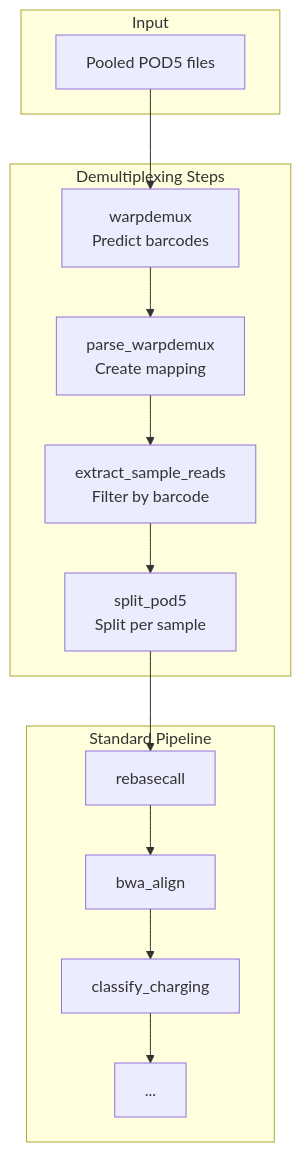
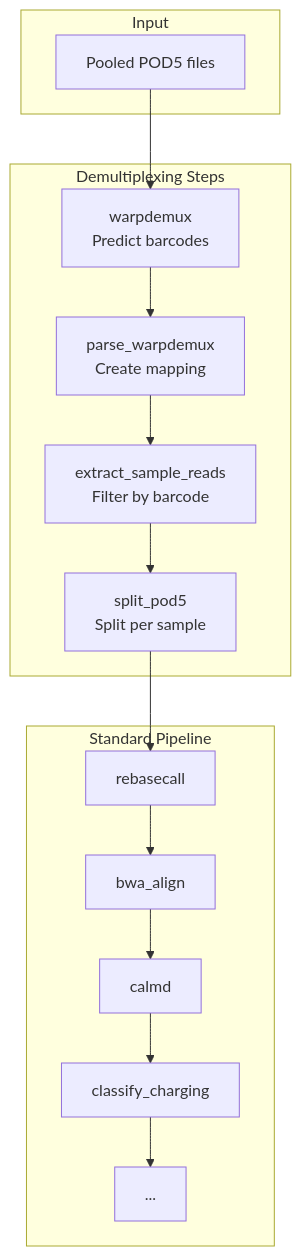
One commit to rnabioco/aa-tRNA-seq-pipeline changed the second of 3 diagrams in docs/workflow/demultiplexing.md. Above: the diagram before and after it, drawn with Mermaid. The commit also changed other lines of this file and 11 other files, not shown here.

````diff
--- a/docs/workflow/demultiplexing.md
+++ b/docs/workflow/demultiplexing.md
@@ -244,22 +245,23 @@
 ```mermaid
 flowchart TB
     subgraph Input
         A[Pooled POD5 files]
     end
 
     subgraph Demux[Demultiplexing Steps]
         B[warpdemux<br/>Predict barcodes]
         C[parse_warpdemux<br/>Create mapping]
         D[extract_sample_reads<br/>Filter by barcode]
         E[split_pod5<br/>Split per sample]
     end
 
     subgraph Standard[Standard Pipeline]
         F[rebasecall]
         G[bwa_align]
+        CM[calmd]
         H[classify_charging]
         I[...]
     end
 
-    A --> B --> C --> D --> E --> F --> G --> H --> I
+    A --> B --> C --> D --> E --> F --> G --> CM --> H --> I
 ```
````
